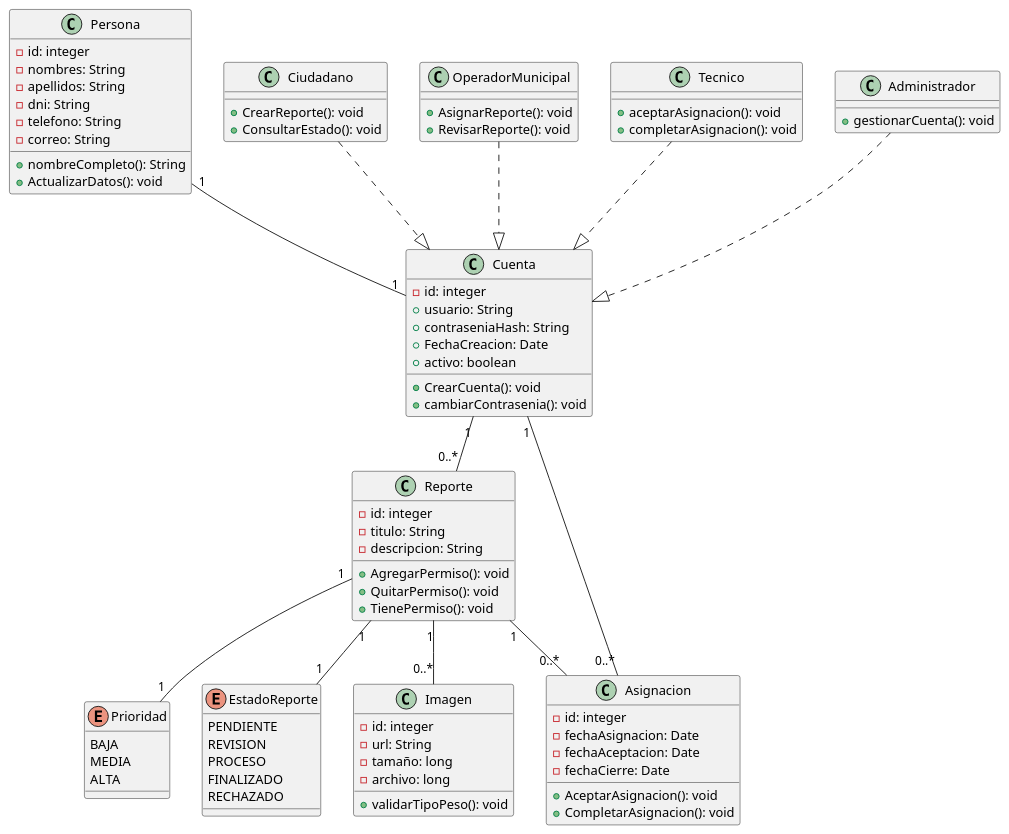
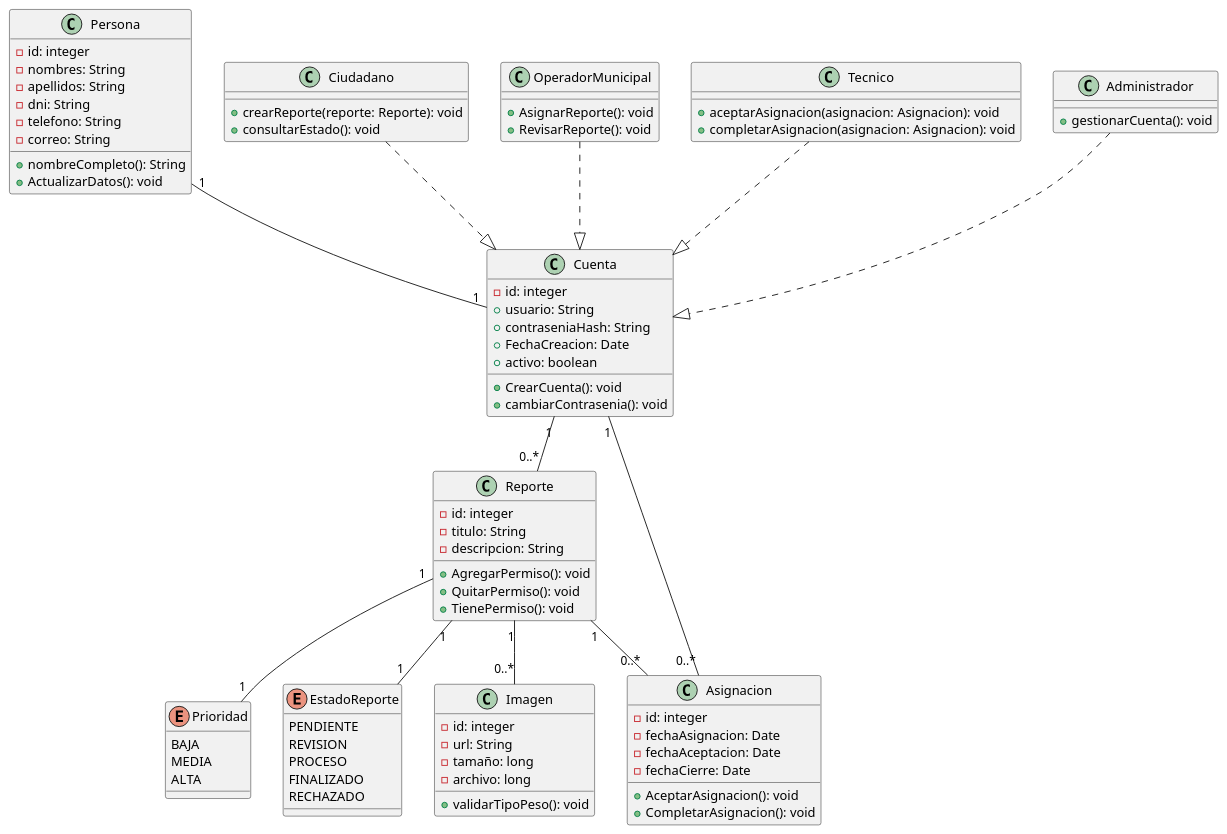
Before and after one commit to GustavoAdolfoRiverosJ/ReportaYA-Backend: the diagram in diagrams/model_diagram.reporteYa.puml, drawn with PlantUML. The commit also changed 13 other files, not shown here.

```diff
--- a/diagrams/model_diagram.reporteYa.puml
+++ b/diagrams/model_diagram.reporteYa.puml
@@ -1,95 +1,95 @@
 @startuml Modelo dominio - ReportaYA
 ' Enumeraciones
 enum Prioridad {
   BAJA
   MEDIA
   ALTA
 }
 
 enum EstadoReporte {
   PENDIENTE
   REVISION
   PROCESO
   FINALIZADO
   RECHAZADO
 }
 
 class Persona {
   - id: integer
   - nombres: String
   - apellidos: String
   - dni: String
   - telefono: String
   - correo: String
   + nombreCompleto(): String
   + ActualizarDatos(): void
 }
 
 class Cuenta {
   - id: integer
   + usuario: String
   + contraseniaHash: String
   + FechaCreacion: Date
   + activo: boolean
   + CrearCuenta(): void
   + cambiarContrasenia(): void
 }
 
 class Reporte {
   - id: integer
   - titulo: String
   - descripcion: String
   + AgregarPermiso(): void
   + QuitarPermiso(): void
   + TienePermiso(): void
 }
 
 class Asignacion {
   - id: integer
   - fechaAsignacion: Date
   - fechaAceptacion: Date
   - fechaCierre: Date
   + AceptarAsignacion(): void
   + CompletarAsignacion(): void
 }
 
 class Imagen {
   - id: integer
   - url: String
   - tamaño: long
   - archivo: long
   + validarTipoPeso(): void
 }
 
 ' Roles
 class Ciudadano {
-  + CrearReporte(): void
-  + ConsultarEstado(): void
+  + crearReporte(reporte: Reporte): void
+  + consultarEstado(): void
 }
 class OperadorMunicipal {
   + AsignarReporte(): void
   + RevisarReporte(): void
 }
 class Tecnico {
-  + aceptarAsignacion(): void
-  + completarAsignacion(): void
+  + aceptarAsignacion(asignacion: Asignacion): void
+  + completarAsignacion(asignacion: Asignacion): void
 }
 class Administrador {
   + gestionarCuenta(): void
 }
 
 ' Relaciones
 Persona "1" -- "1" Cuenta
 Cuenta "1" -- "0..*" Reporte
-Cuenta "1" -- "0..*" Asignacion
+ Cuenta "1" -- "0..*" Asignacion
 Reporte "1" -- "0..*" Asignacion
 Reporte "1" -- "0..*" Imagen
 Reporte "1" -- "1" Prioridad
 Reporte "1" -- "1" EstadoReporte
 
 Ciudadano ..|> Cuenta
 OperadorMunicipal ..|> Cuenta
 Tecnico ..|> Cuenta
 Administrador ..|> Cuenta
 
 @enduml
```
